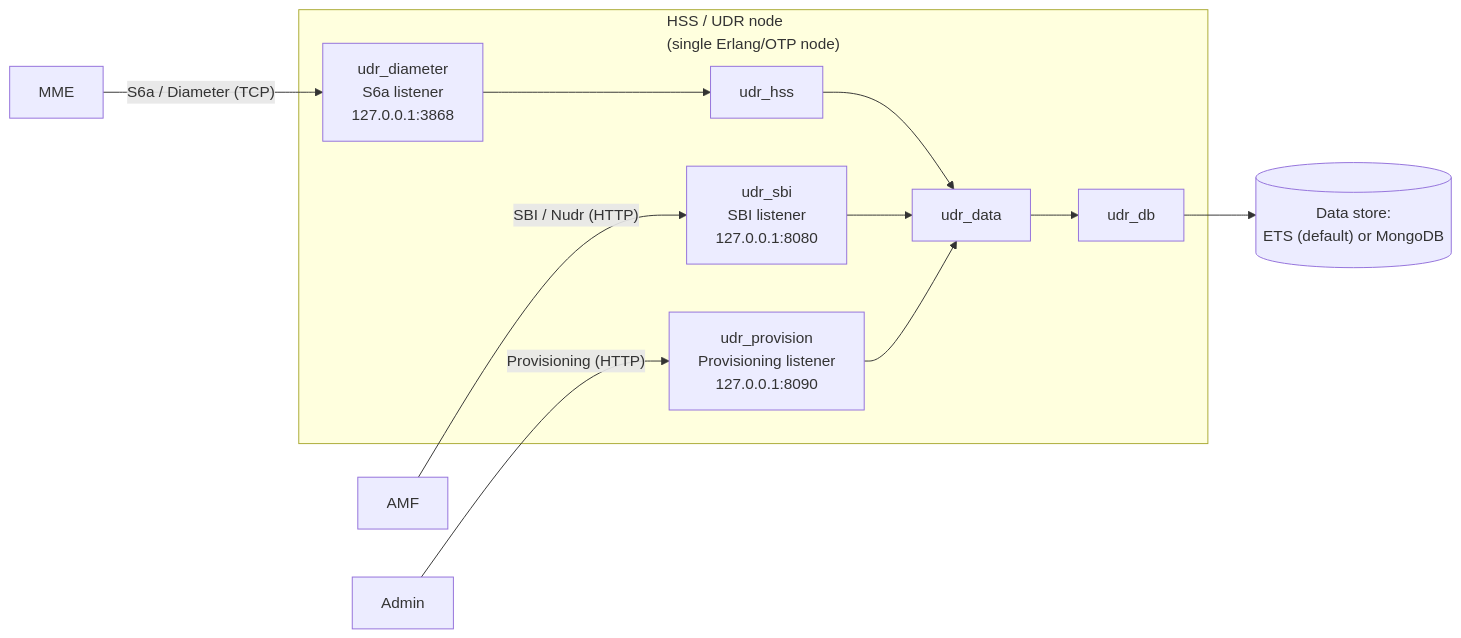
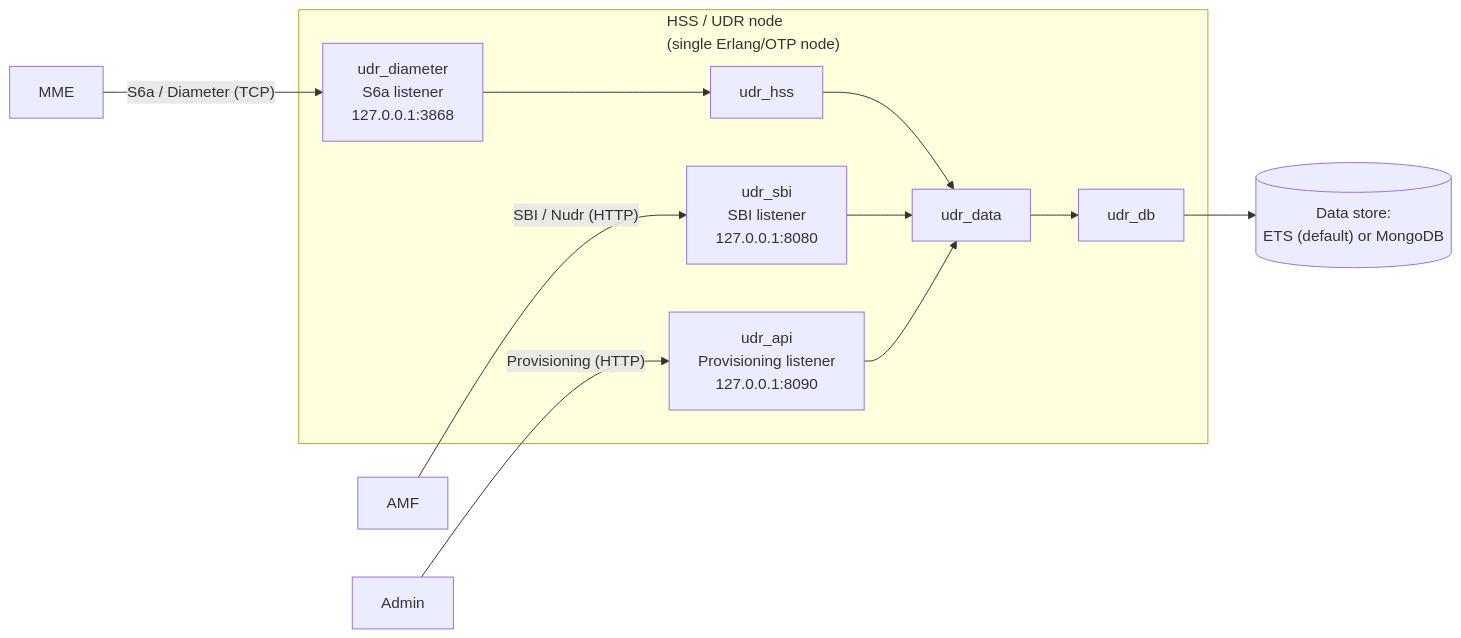
Before and after one commit to next-nf/udr: the first of 6 diagrams in docs/manual/diagrams/README.md, drawn with Mermaid. The commit also changed other lines of this file and 26 other files, not shown here.

First line of the commit message:
refactor(api): rename udr_provision app to udr_api

````diff
--- a/docs/manual/diagrams/README.md
+++ b/docs/manual/diagrams/README.md
@@ -41,25 +41,25 @@
 ```mermaid
 flowchart LR
     MME[MME]
     AMF[AMF]
     ADMIN[Admin]
     subgraph NODE["HSS / UDR node<br/>(single Erlang/OTP node)"]
         DIA["udr_diameter<br/>S6a listener<br/>127.0.0.1:3868"]
         SBI["udr_sbi<br/>SBI listener<br/>127.0.0.1:8080"]
-        PROV["udr_provision<br/>Provisioning listener<br/>127.0.0.1:8090"]
+        PROV["udr_api<br/>Provisioning listener<br/>127.0.0.1:8090"]
         HSSAPP["udr_hss"]
         DATA["udr_data"]
         DB["udr_db"]
         DIA --> HSSAPP
         HSSAPP --> DATA
         SBI --> DATA
         PROV --> DATA
         DATA --> DB
     end
     STORE[("Data store:<br/>ETS (default) or MongoDB")]
 
     MME -- "S6a / Diameter (TCP)" --> DIA
     AMF -- "SBI / Nudr (HTTP)" --> SBI
     ADMIN -- "Provisioning (HTTP)" --> PROV
     DB --> STORE
 ```
````
